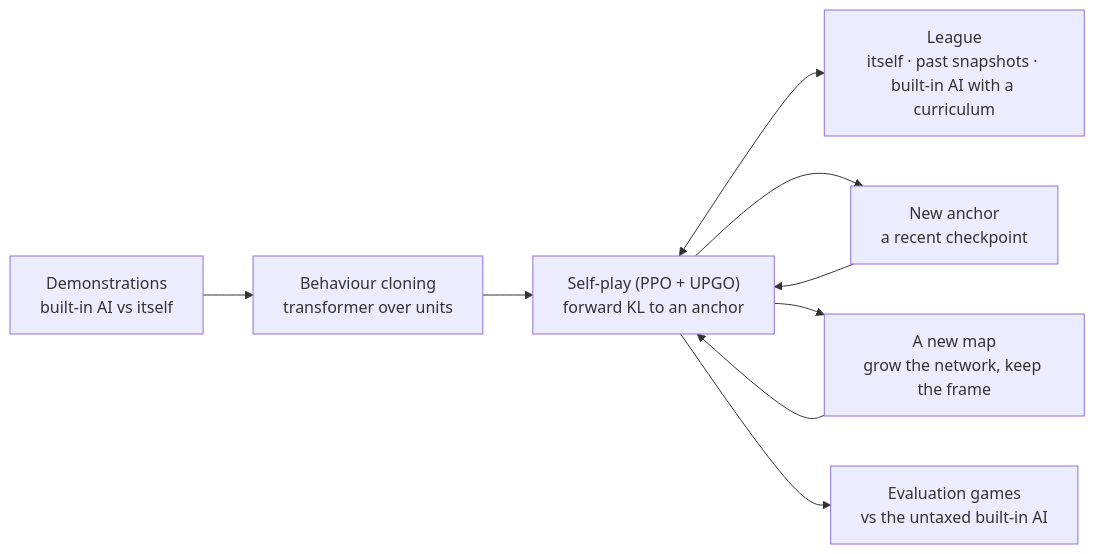
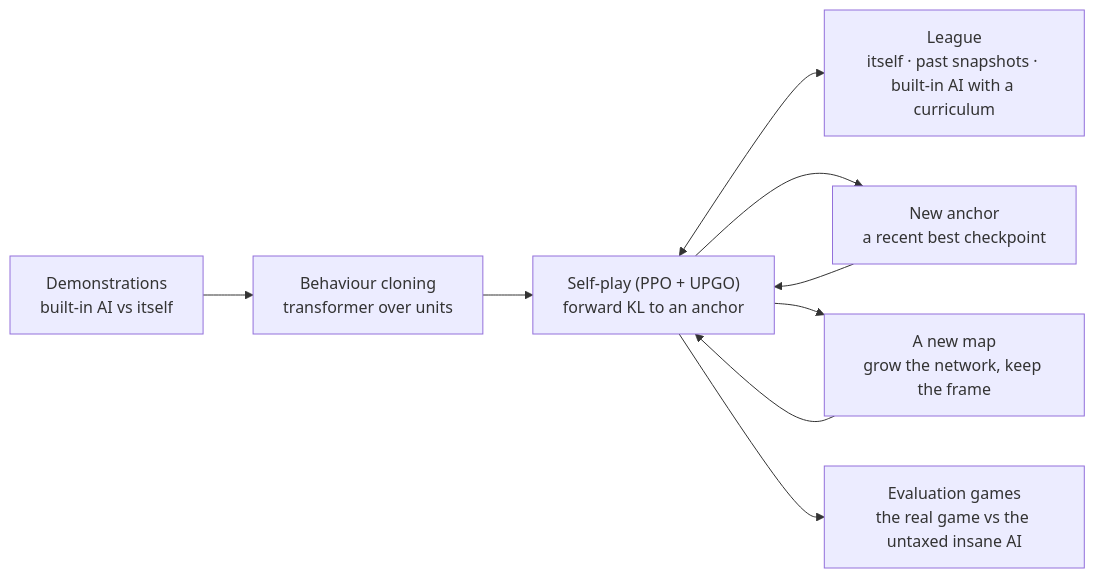
The diagram in docs/overview.md (RobinKa/warcraftsim), drawn with Mermaid before and after one commit. The commit also changed other lines of this file and 7 other files, not shown here.

````diff
--- a/docs/overview.md
+++ b/docs/overview.md
@@ -26,11 +26,11 @@
 ```mermaid
 flowchart LR
   D["Demonstrations<br/>built-in AI vs itself"] --> BC["Behaviour cloning<br/>transformer over units"]
   BC --> SP["Self-play (PPO + UPGO)<br/>forward KL to an anchor"]
   SP <--> L["League<br/>itself · past snapshots · built-in AI with a curriculum"]
-  SP --> A["New anchor<br/>a recent checkpoint"]
+  SP --> A["New anchor<br/>a recent best checkpoint"]
   A --> SP
   SP --> M["A new map<br/>grow the network, keep the frame"]
   M --> SP
-  SP --> E["Evaluation games<br/>vs the untaxed built-in AI"]
+  SP --> E["Evaluation games<br/>the real game vs the untaxed insane AI"]
 ```
````
